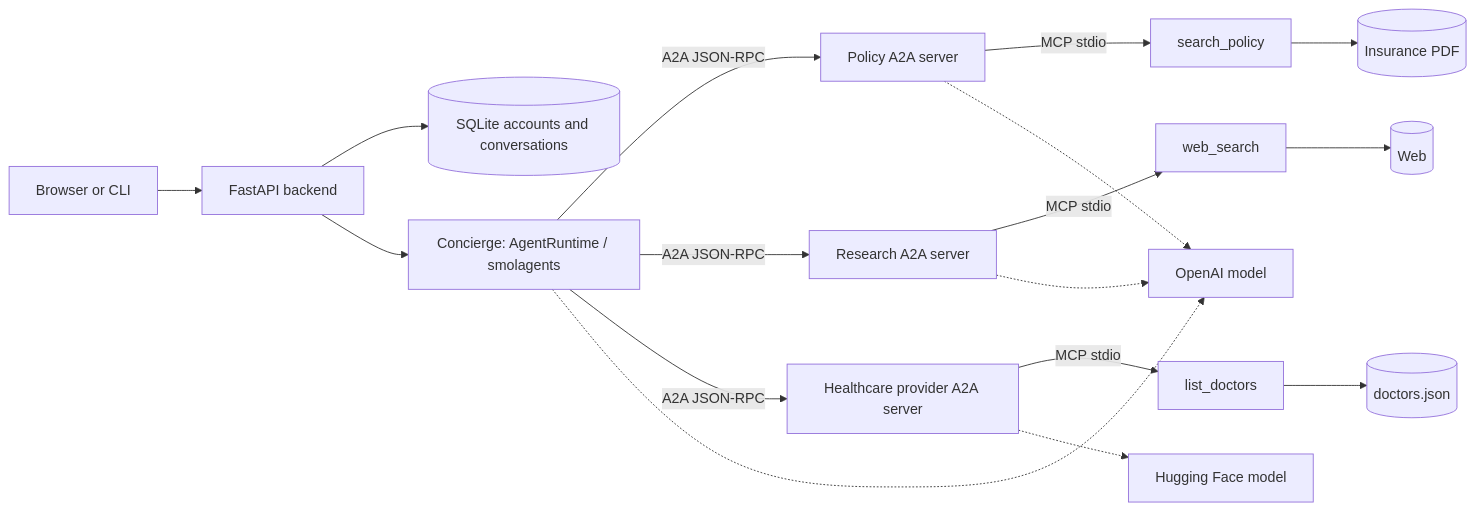
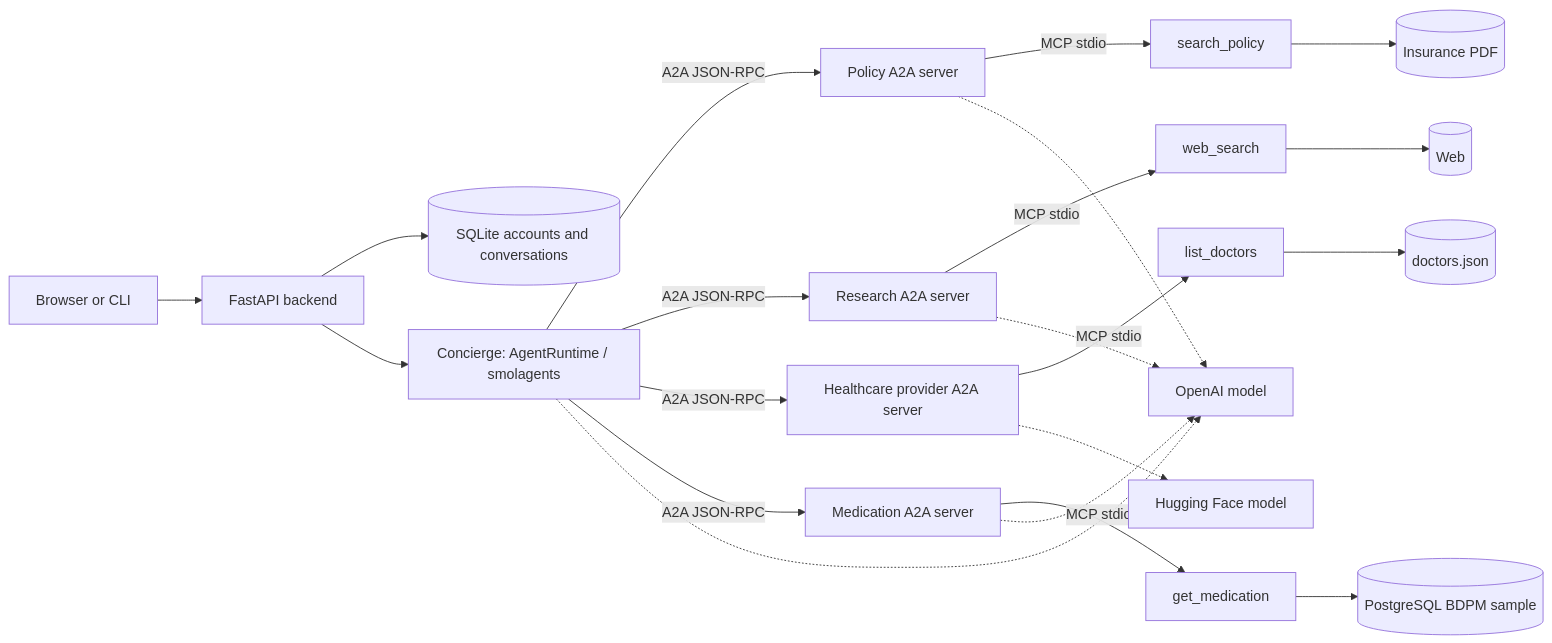
One commit to bakarys01/agentic-lab changed the diagram in docs/architecture.md. Above: the diagram before and after it, drawn with Mermaid. The commit also changed other lines of this file and 64 other files, not shown here.

```diff
--- a/docs/architecture.md
+++ b/docs/architecture.md
@@ -42,19 +43,23 @@
 ~~~mermaid
 flowchart LR
     User[Browser or CLI] --> API[FastAPI backend]
     API --> DB[(SQLite accounts and conversations)]
     API --> C[Concierge: AgentRuntime / smolagents]
     C -->|A2A JSON-RPC| P[Policy A2A server]
     C -->|A2A JSON-RPC| R[Research A2A server]
     C -->|A2A JSON-RPC| H[Healthcare provider A2A server]
+    C -->|A2A JSON-RPC| M[Medication A2A server]
     P -->|MCP stdio| PT[search_policy]
     PT --> PDF[(Insurance PDF)]
     R -->|MCP stdio| RT[web_search]
     RT --> Web[(Web)]
     H -->|MCP stdio| HM[list_doctors]
     HM --> Doctors[(doctors.json)]
+    M -->|MCP stdio| MT[get_medication]
+    MT --> MedDB[(PostgreSQL BDPM sample)]
     C -.-> O[OpenAI model]
     P -.-> O
     R -.-> O
     H -.-> HF[Hugging Face model]
+    M -.-> O
 ~~~
```
